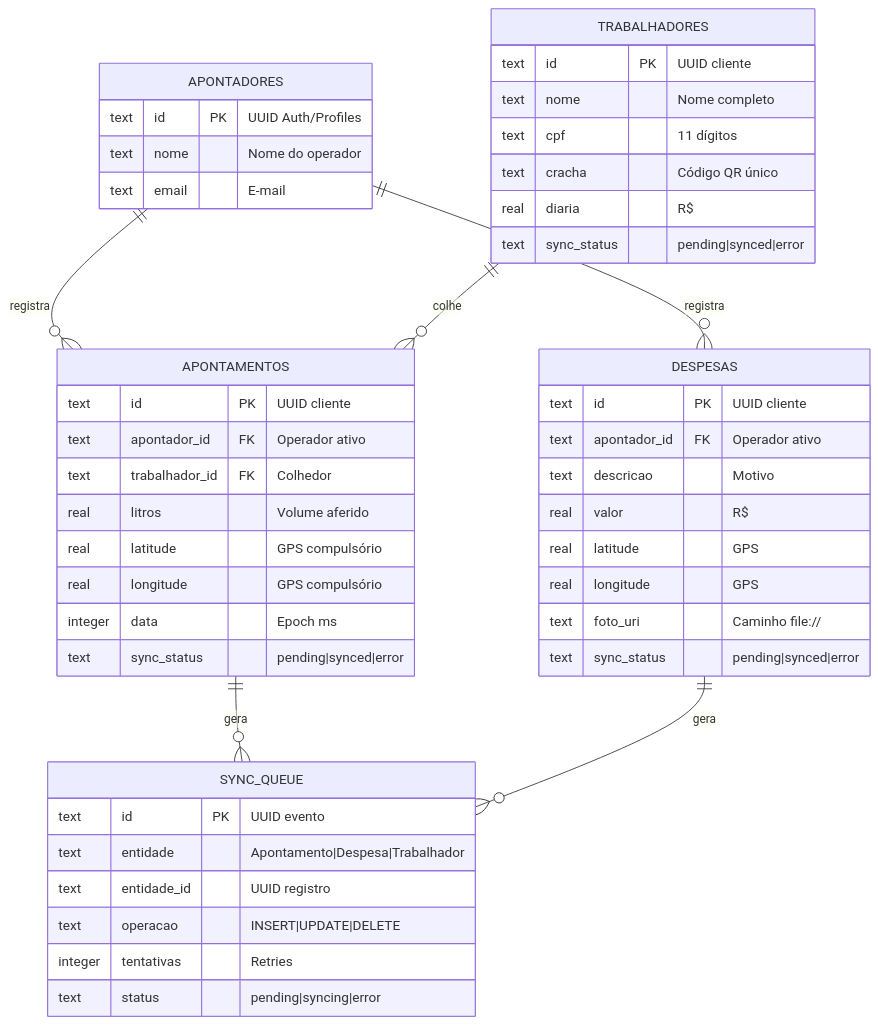
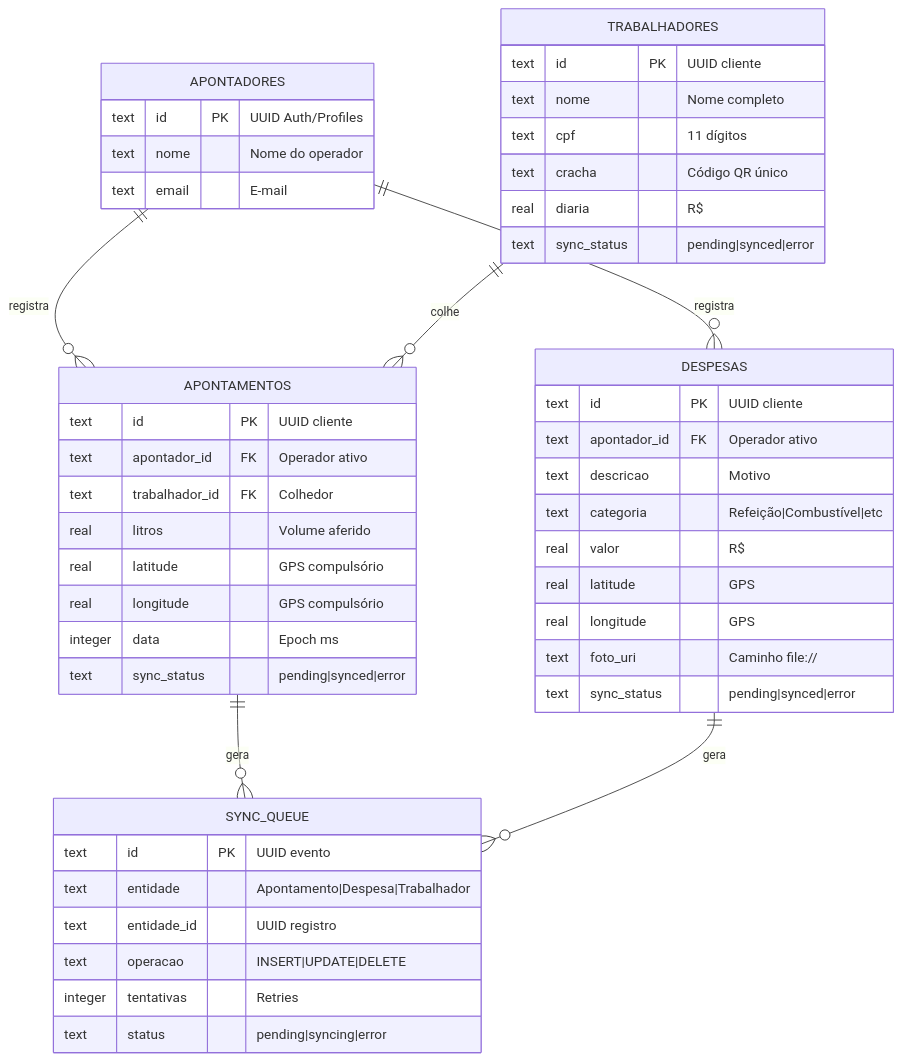
The third of 10 diagrams in docs/documento-software-mobile-apresentacao.md (JoaoPedroScalioni/MOBILEEE), drawn with Mermaid before and after one commit. The commit also changed other lines of this file, not shown here.

````diff
--- a/docs/documento-software-mobile-apresentacao.md
+++ b/docs/documento-software-mobile-apresentacao.md
@@ -200,54 +203,55 @@
 ```mermaid
 erDiagram
     APONTADORES ||--o{ APONTAMENTOS : registra
     APONTADORES ||--o{ DESPESAS : registra
     TRABALHADORES ||--o{ APONTAMENTOS : colhe
     APONTAMENTOS ||--o{ SYNC_QUEUE : gera
     DESPESAS ||--o{ SYNC_QUEUE : gera
 
     APONTADORES {
         text id PK "UUID Auth/Profiles"
         text nome "Nome do operador"
         text email "E-mail"
     }
 
     TRABALHADORES {
         text id PK "UUID cliente"
         text nome "Nome completo"
         text cpf "11 dígitos"
         text cracha "Código QR único"
         real diaria "R$"
         text sync_status "pending|synced|error"
     }
 
     APONTAMENTOS {
         text id PK "UUID cliente"
         text apontador_id FK "Operador ativo"
         text trabalhador_id FK "Colhedor"
         real litros "Volume aferido"
         real latitude "GPS compulsório"
         real longitude "GPS compulsório"
         integer data "Epoch ms"
         text sync_status "pending|synced|error"
     }
 
     DESPESAS {
         text id PK "UUID cliente"
         text apontador_id FK "Operador ativo"
         text descricao "Motivo"
+        text categoria "Refeição|Combustível|etc"
         real valor "R$"
         real latitude "GPS"
         real longitude "GPS"
         text foto_uri "Caminho file://"
         text sync_status "pending|synced|error"
     }
 
     SYNC_QUEUE {
         text id PK "UUID evento"
         text entidade "Apontamento|Despesa|Trabalhador"
         text entidade_id "UUID registro"
         text operacao "INSERT|UPDATE|DELETE"
         integer tentativas "Retries"
         text status "pending|syncing|error"
     }
 ```
````
